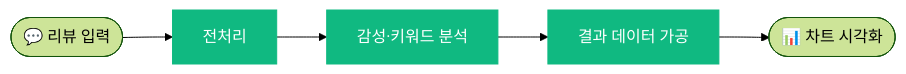
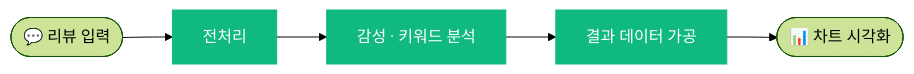
The fourth of 4 diagrams in README.md (jingeunlee4559/portfolio), drawn with Mermaid (forest theme) before and after one commit. The commit also changed other lines of this file, not shown here.

````diff
--- a/README.md
+++ b/README.md
@@ -235,9 +278,9 @@
 ```mermaid
 flowchart LR
     A([💬 리뷰 입력]) --> B[전처리]
-    B --> C[감성·키워드 분석]
+    B --> C[감성 · 키워드 분석]
     C --> D[결과 데이터 가공]
     D --> E([📊 차트 시각화])
     classDef main fill:#10B981,stroke:#10B981,color:#fff
     class B,C,D main
 ```
````
